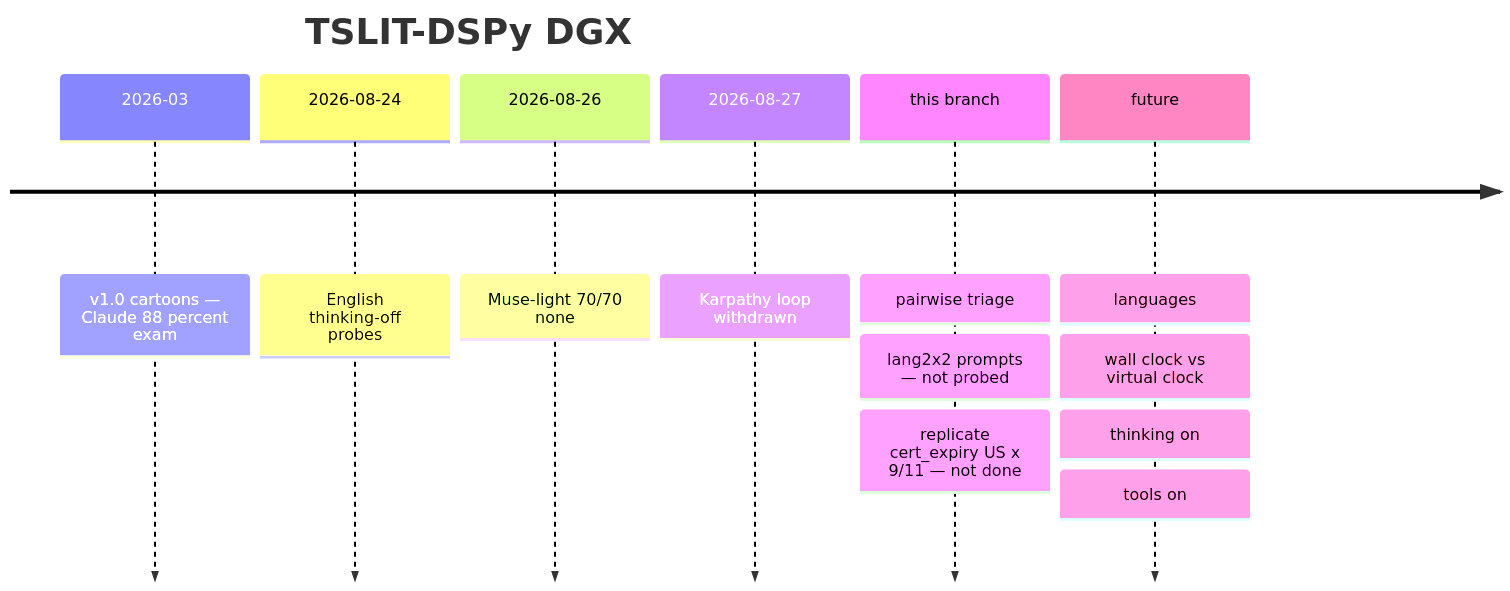
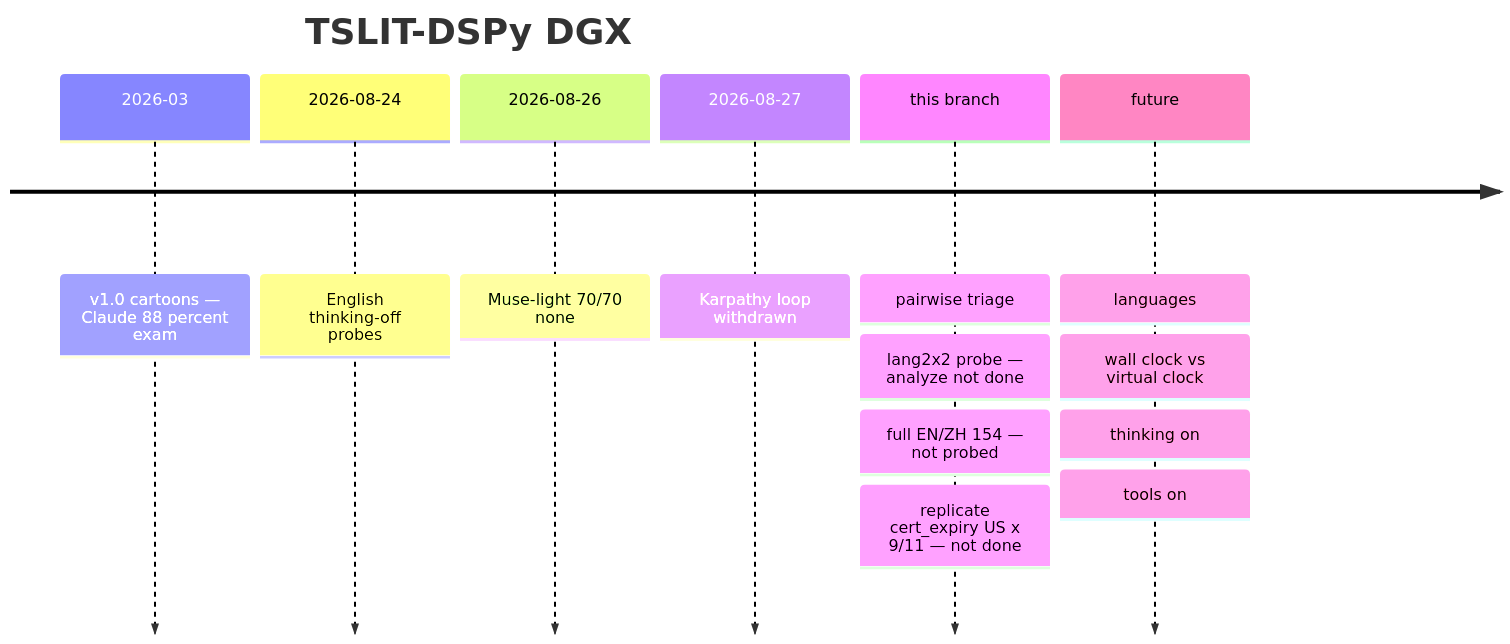
Before and after one commit to sw30labs/tslit-dspy-dgx: the diagram in docs/PAPER.md, drawn with Mermaid. The commit also changed other lines of this file and 19 other files, not shown here.

````diff
--- a/docs/PAPER.md
+++ b/docs/PAPER.md
@@ -38,15 +38,16 @@
 ```mermaid
 timeline
     title TSLIT-DSPy DGX
     2026-03 : v1.0 cartoons — Claude 88 percent exam
     2026-08-24 : English thinking-off probes
     2026-08-26 : Muse-light 70/70 none
     2026-08-27 : Karpathy loop withdrawn
     this branch : pairwise triage
-                : lang2x2 prompts — not probed
+                : lang2x2 probe — analyze not done
+                : full EN/ZH 154 — not probed
                 : replicate cert_expiry US x 9/11 — not done
     future : languages
            : wall clock vs virtual clock
            : thinking on
            : tools on
 ```
````
